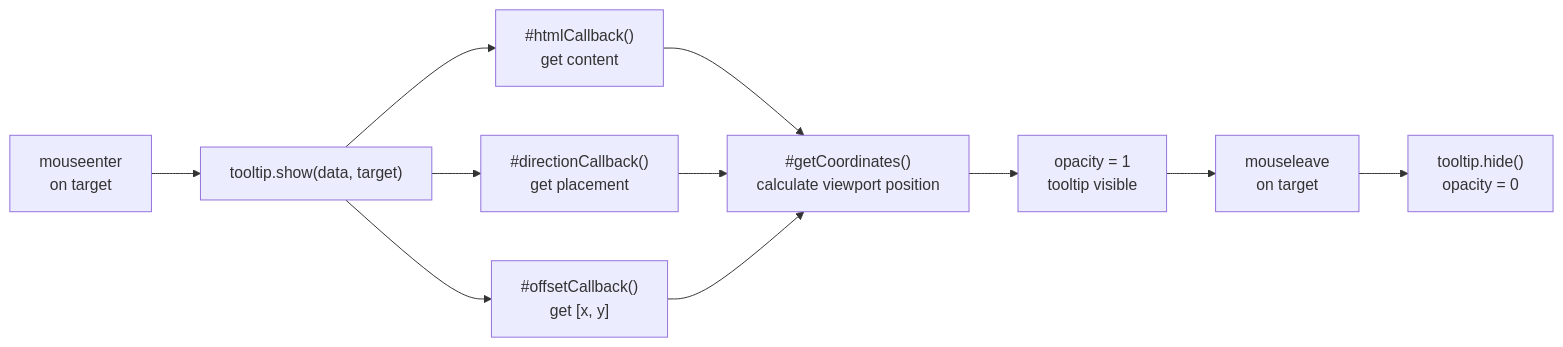
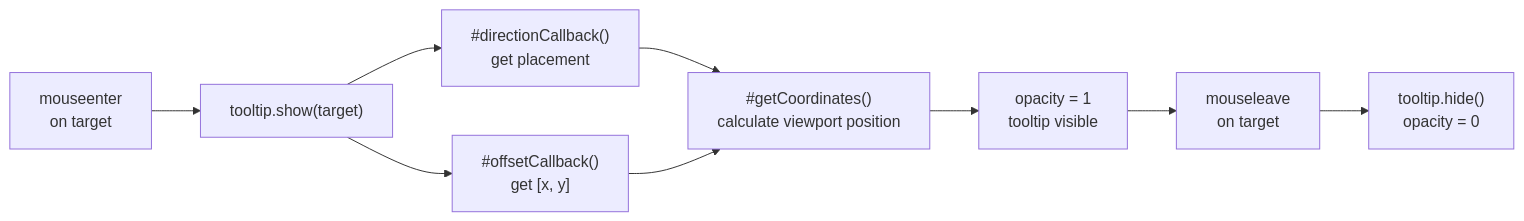
One commit to MetalbolicX/tipviz changed the diagram in docs/README.md. Above: the diagram before and after it, drawn with Mermaid. The commit also changed other lines of this file and 2 other files, not shown here.

Commit message:
fix(docs): align documentation with v3.0 API
Why: docs/README.md referenced the removed setHtml() and two-argument
show(data, target) from v2.x, and api-reference.md imported defineTooltip
from a subpath not exported by the package.

What:
- Re-export defineTooltip from package root (src/index.mts) so the
  documented import path resolves
- Replace stale setHtml() with setTemplate() + setData() in docs/README.md
- Correct show(target) signature in docs/README.md (was show(data, target))
- Document missing template and data observed attributes in api-reference.md
- Document direction ("n") and offset ([0, 0]) defaults in api-reference.md

````diff
--- a/docs/README.md
+++ b/docs/README.md
@@ -19,13 +19,11 @@
 ```mermaid
 flowchart LR
-    HOVER["mouseenter\non target"] --> CALL["tooltip.show(data, target)"]
-    CALL --> CB["#htmlCallback()\nget content"]
+    HOVER["mouseenter\non target"] --> CALL["tooltip.show(target)"]
     CALL --> CD["#directionCallback()\nget placement"]
     CALL --> CO["#offsetCallback()\nget [x, y]"]
-    CB --> POS["#getCoordinates()\ncalculate viewport position"]
-    CD --> POS
+    CD --> POS["#getCoordinates()\ncalculate viewport position"]
     CO --> POS
     POS --> RENDER["opacity = 1\ntooltip visible"]
     RENDER --> LEAVE["mouseleave\non target"]
     LEAVE --> HIDE["tooltip.hide()\nopacity = 0"]
 ```
````
